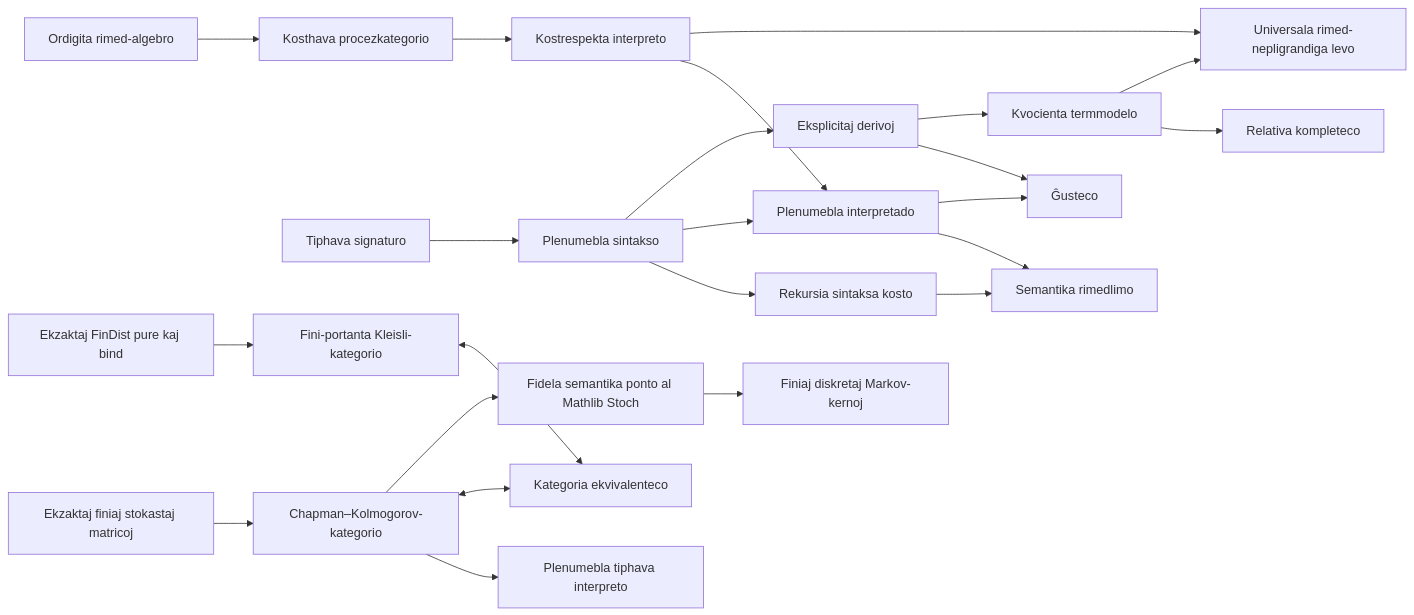
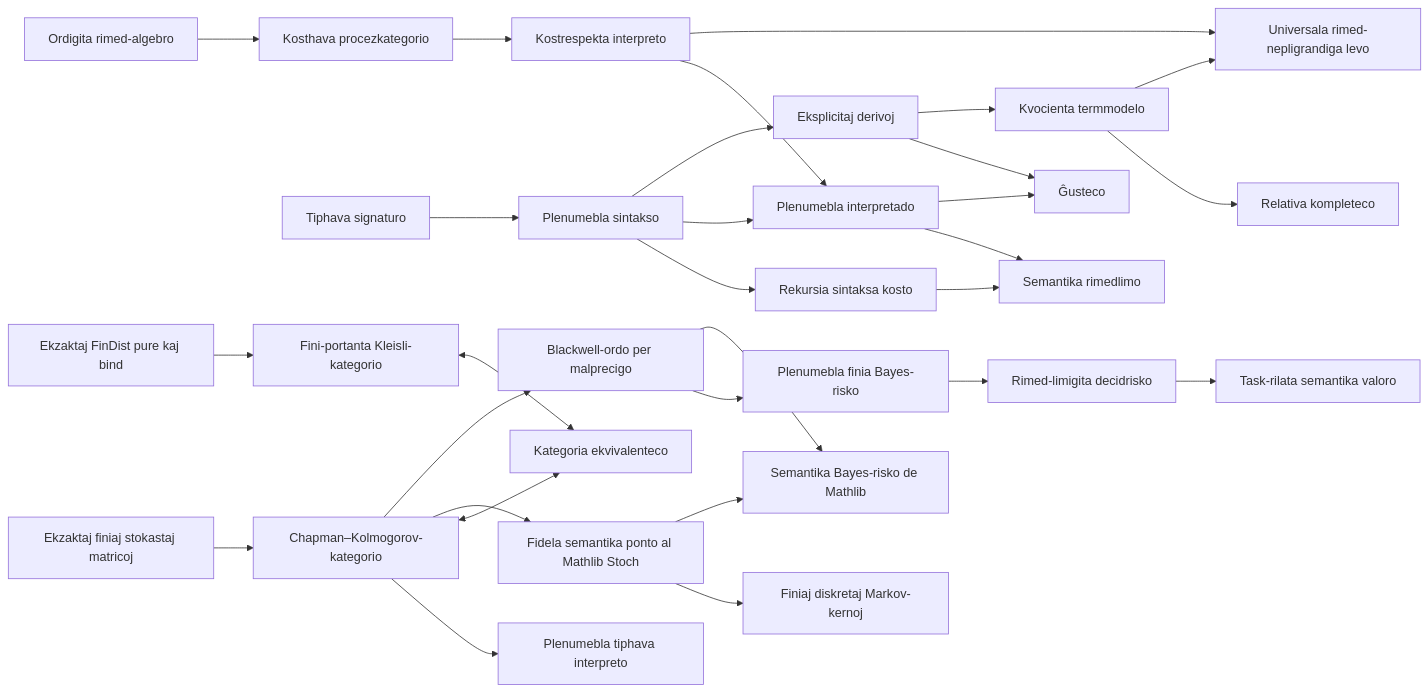
Before and after one commit to miuchan/ript: the diagram in docs/README.eo.md, drawn with Mermaid. The commit also changed other lines of this file and 15 other files, not shown here.

````diff
--- a/docs/README.eo.md
+++ b/docs/README.eo.md
@@ -296,25 +360,31 @@
 ```mermaid
 flowchart LR
   R["Ordigita rimed-algebro"] --> C["Kosthava procezkategorio"]
   S["Tiphava signaturo"] --> X["Plenumebla sintakso"]
   X --> K["Rekursia sintaksa kosto"]
   C --> I["Kostrespekta interpreto"]
   X --> E["Plenumebla interpretado"]
   I --> E
   K --> B["Semantika rimedlimo"]
   E --> B
   X --> D["Eksplicitaj derivoj"]
   D --> SO["Ĝusteco"]
   E --> SO
   D --> T["Kvocienta termmodelo"]
   T --> CO["Relativa kompleteco"]
   I --> U["Universala rimed-nepligrandiga levo"]
   T --> U
   F["Ekzaktaj finiaj stokastaj matricoj"] --> CK["Chapman–Kolmogorov-kategorio"]
   CK --> EX["Plenumebla tiphava interpreto"]
   FD["Ekzaktaj FinDist pure kaj bind"] --> KL["Fini-portanta Kleisli-kategorio"]
   CK <--> EQ["Kategoria ekvivalenteco"]
   KL <--> EQ
   CK --> ST["Fidela semantika ponto al Mathlib Stoch"]
   ST --> MT["Finiaj diskretaj Markov-kernoj"]
+  CK --> BW["Blackwell-ordo per malprecigo"]
+  ST --> SB["Semantika Bayes-risko de Mathlib"]
+  BW --> FR["Plenumebla finia Bayes-risko"]
+  FR --> RR["Rimed-limigita decidrisko"]
+  RR --> SV["Task-rilata semantika valoro"]
+  BW --> SB
 ```
````
